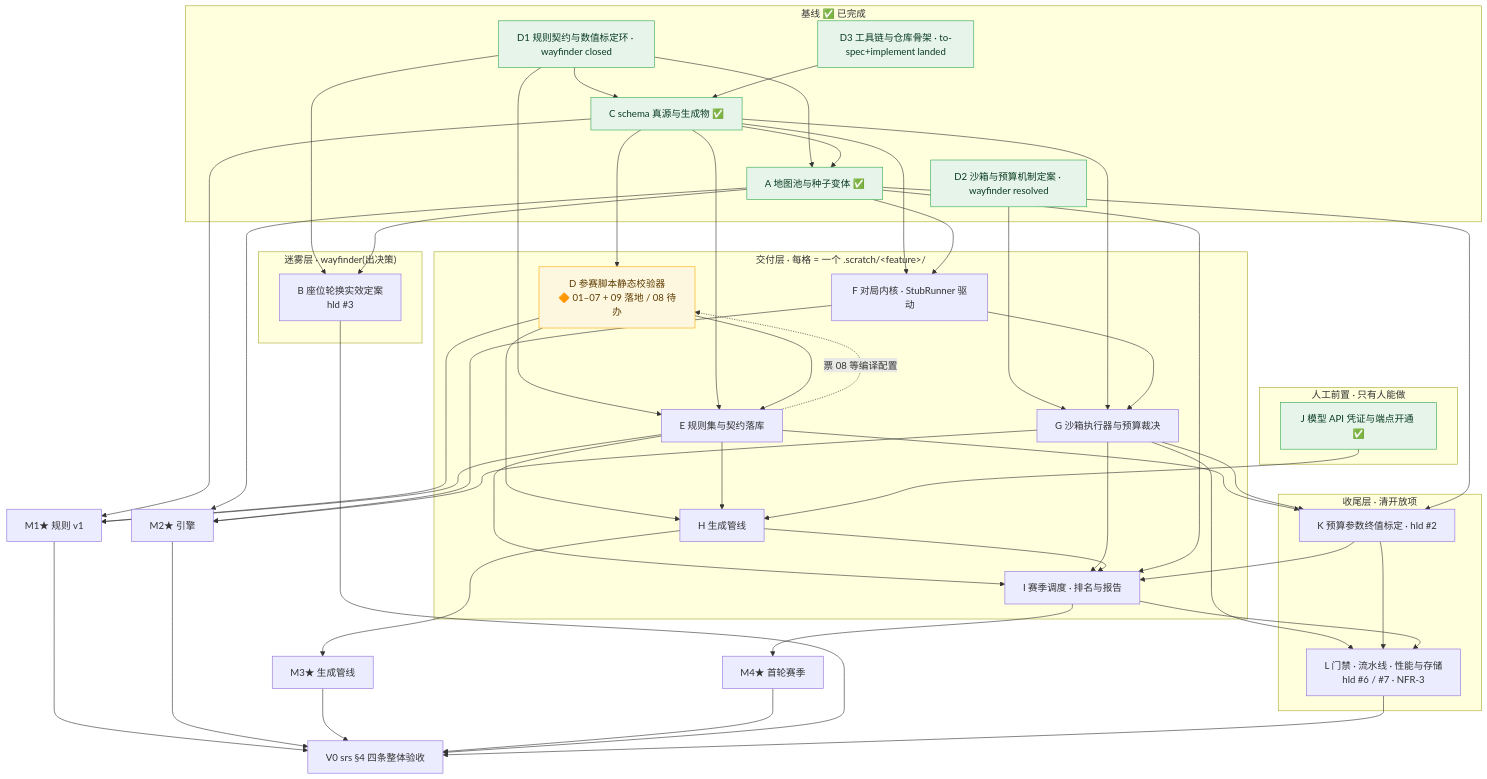
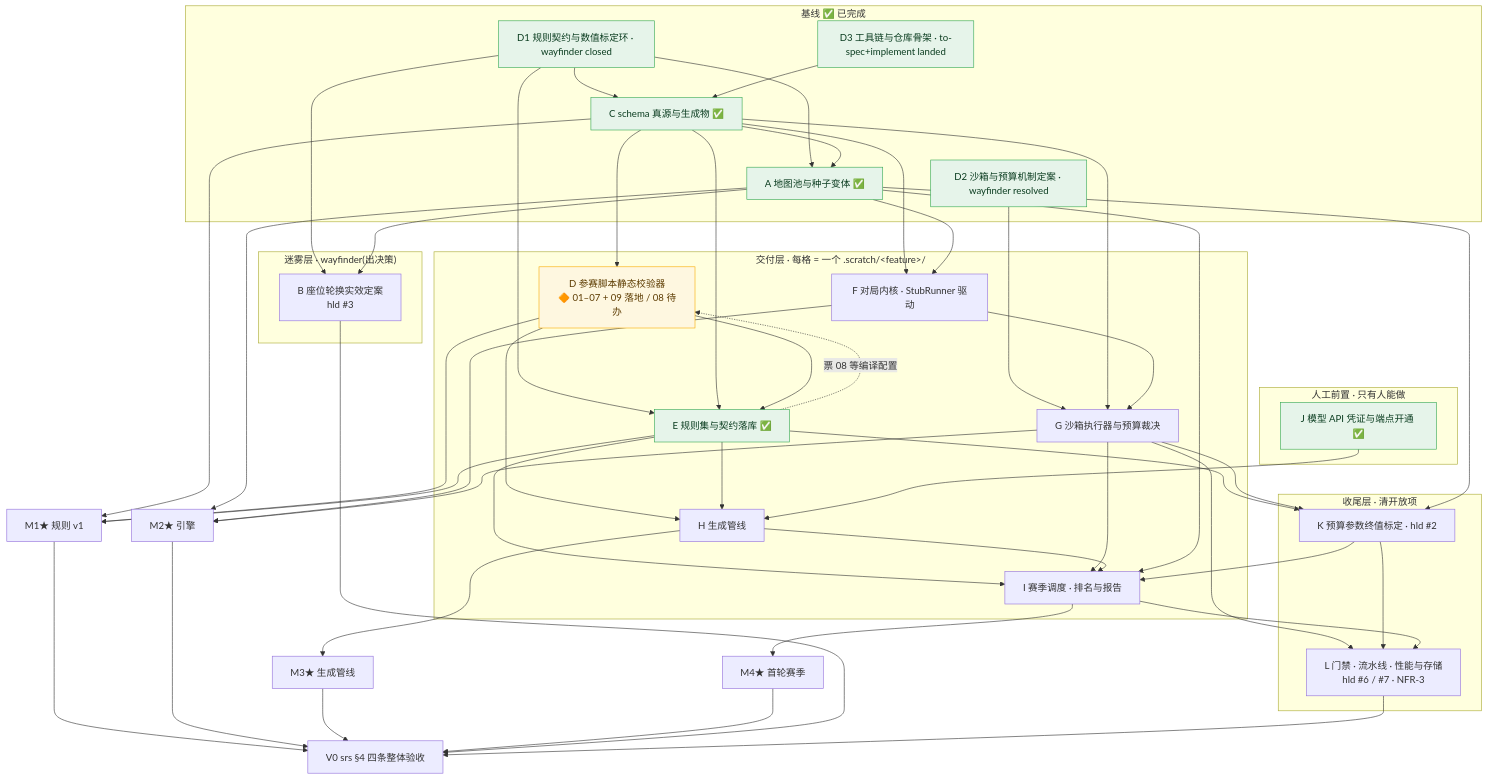
One commit to orionpax1997/model-war changed the diagram in docs/diagrams/v0-milestone-dag.md. Above: the diagram before and after it, drawn with Mermaid. The commit also changed other lines of this file and 11 other files, not shown here.

````diff
--- a/docs/diagrams/v0-milestone-dag.md
+++ b/docs/diagrams/v0-milestone-dag.md
@@ -63,7 +66,7 @@
 
   subgraph build["交付层 · 每格 = 一个 .scratch/&lt;feature&gt;/"]
     D["D 参赛脚本静态校验器<br/>🔶 01–07 + 09 落地 / 08 待办"]
-    E["E 规则集与契约落库"]
+    E["E 规则集与契约落库 ✅"]
     F["F 对局内核 · StubRunner 驱动"]
     G["G 沙箱执行器与预算裁决"]
     H["H 生成管线"]
@@ -129,6 +132,6 @@
 
   classDef done fill:#e6f4ea,stroke:#34a853,color:#0b3d20
   classDef doing fill:#fef7e0,stroke:#f9ab00,color:#5c3b00
-  class D1,D2,D3,C,A,J done
+  class D1,D2,D3,C,A,J,E done
   class D doing
 ```
````
